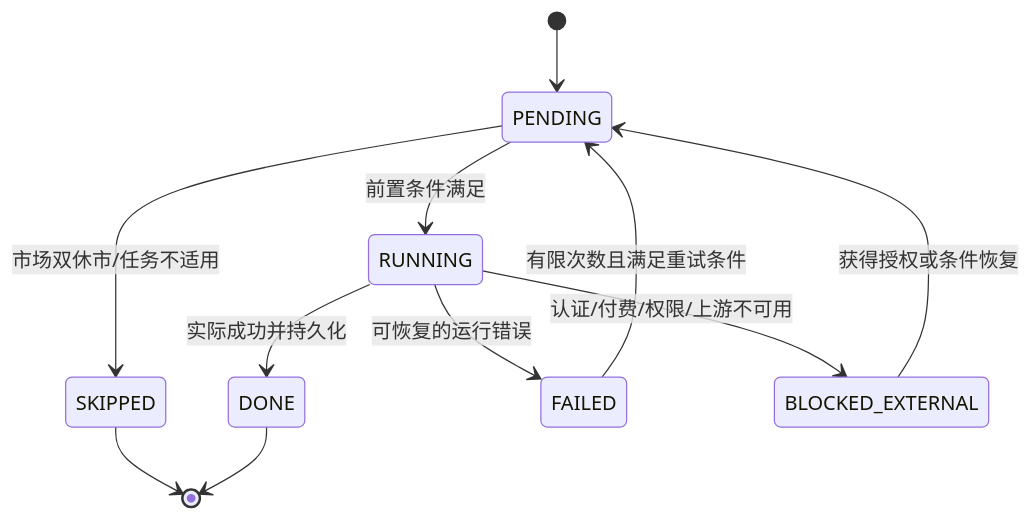
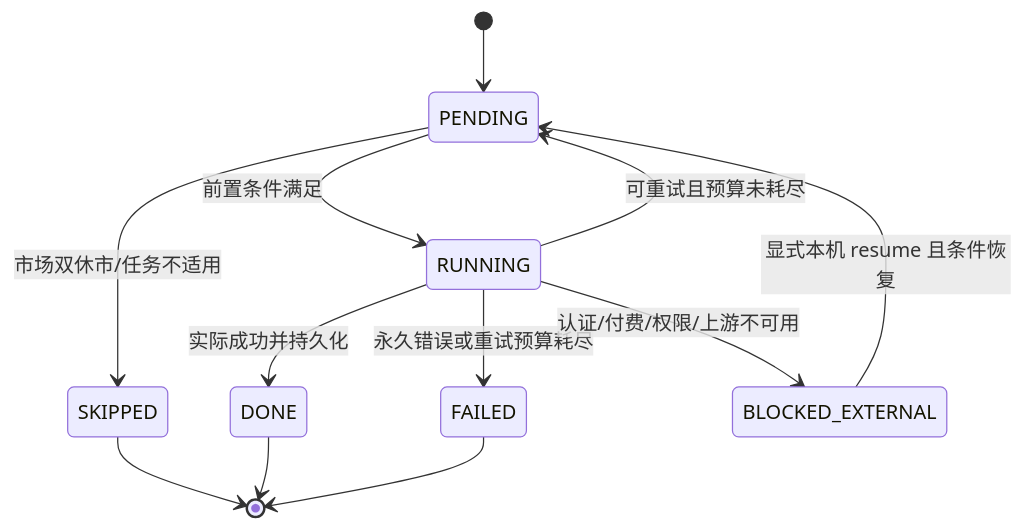
The second of 2 diagrams in docs/requirements/USE_CASES.md (OYLPY/stock-monitor), drawn with Mermaid before and after one commit. The commit also changed other lines of this file and 11 other files, not shown here.

````diff
--- a/docs/requirements/USE_CASES.md
+++ b/docs/requirements/USE_CASES.md
@@ -226,13 +228,14 @@
 ```mermaid
 stateDiagram-v2
   [*] --> PENDING
   PENDING --> RUNNING: 前置条件满足
   PENDING --> SKIPPED: 市场双休市/任务不适用
   RUNNING --> DONE: 实际成功并持久化
-  RUNNING --> FAILED: 可恢复的运行错误
+  RUNNING --> PENDING: 可重试且预算未耗尽
+  RUNNING --> FAILED: 永久错误或重试预算耗尽
   RUNNING --> BLOCKED_EXTERNAL: 认证/付费/权限/上游不可用
-  FAILED --> PENDING: 有限次数且满足重试条件
-  BLOCKED_EXTERNAL --> PENDING: 获得授权或条件恢复
+  BLOCKED_EXTERNAL --> PENDING: 显式本机 resume 且条件恢复
   SKIPPED --> [*]
   DONE --> [*]
+  FAILED --> [*]
 ```
````
